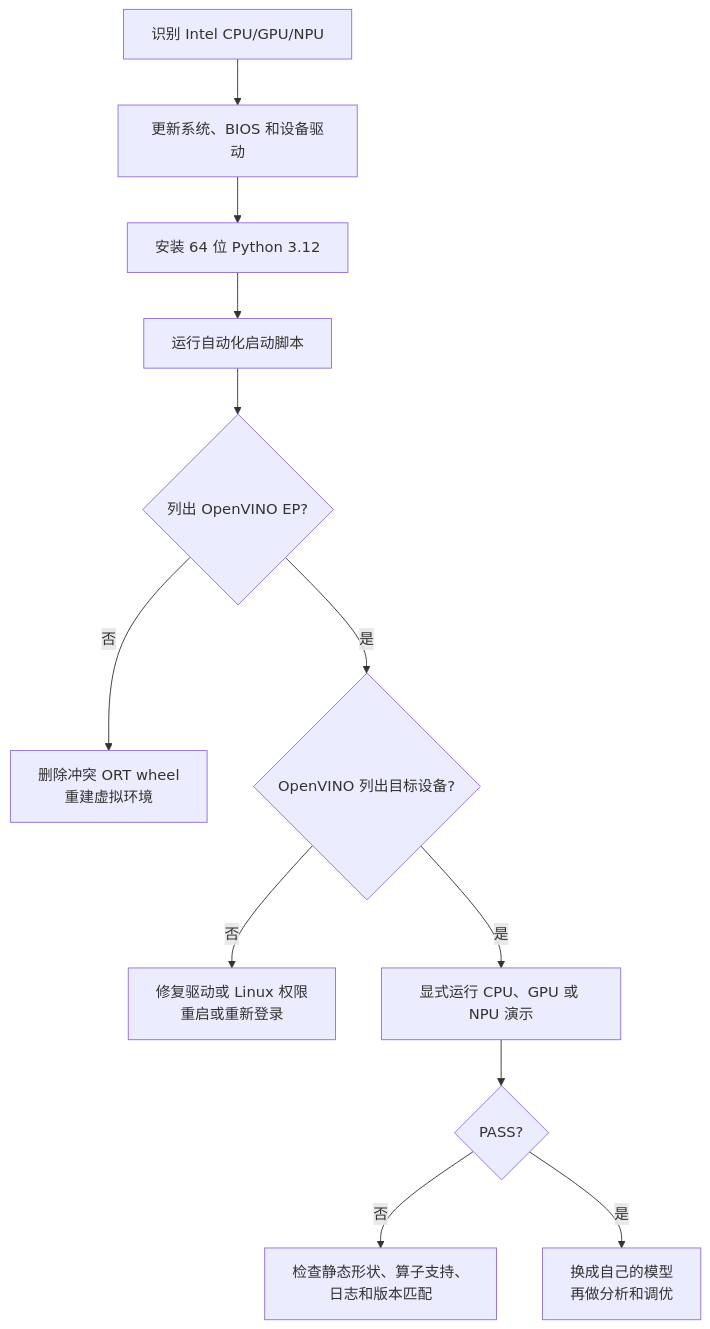
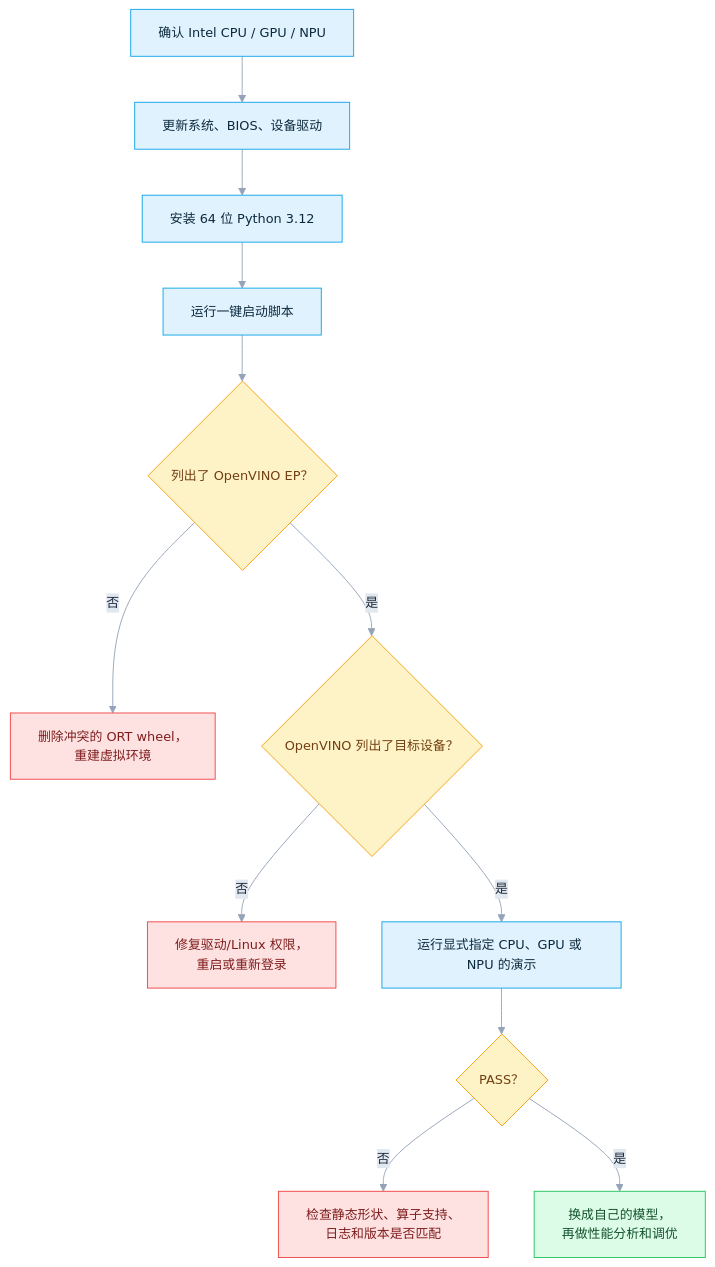
One commit to DakeQQ/Tutorial-ONNX-Runtime-Execution-Providers changed the fourth of 6 diagrams in Intel/README.zh-CN.md. Above: the diagram before and after it, drawn with Mermaid. The commit also changed other lines of this file and 15 other files, not shown here.

````diff
--- a/Intel/README.zh-CN.md
+++ b/Intel/README.zh-CN.md
@@ -89,14 +167,23 @@
 ```mermaid
+%%{init: {"theme":"base","themeVariables":{"fontSize":"14px","lineColor":"#94a3b8","edgeLabelBackground":"#e2e8f0","primaryTextColor":"#1e293b"}}}%%
 flowchart TD
-    A[识别 Intel CPU/GPU/NPU] --> B[更新系统、BIOS 和设备驱动]
-    B --> C[安装 64 位 Python 3.12]
-    C --> D[运行自动化启动脚本]
-    D --> E{列出 OpenVINO EP?}
-    E -->|否| F[删除冲突 ORT wheel<br/>重建虚拟环境]
-    E -->|是| G{OpenVINO 列出目标设备?}
-    G -->|否| H[修复驱动或 Linux 权限<br/>重启或重新登录]
-    G -->|是| I[显式运行 CPU、GPU 或 NPU 演示]
-    I --> J{PASS?}
-    J -->|否| K[检查静态形状、算子支持、<br/>日志和版本匹配]
-    J -->|是| L[换成自己的模型<br/>再做分析和调优]
+    A["确认 Intel CPU / GPU / NPU"] --> B["更新系统、BIOS、设备驱动"]
+    B --> C["安装 64 位 Python 3.12"]
+    C --> D["运行一键启动脚本"]
+    D --> E{"列出了 OpenVINO EP？"}
+    E -->|否| F["删除冲突的 ORT wheel，<br/>重建虚拟环境"]
+    E -->|是| G{"OpenVINO 列出了目标设备？"}
+    G -->|否| H["修复驱动/Linux 权限，<br/>重启或重新登录"]
+    G -->|是| I["运行显式指定 CPU、GPU 或 NPU 的演示"]
+    I --> J{"PASS？"}
+    J -->|否| K["检查静态形状、算子支持、<br/>日志和版本是否匹配"]
+    J -->|是| L["换成自己的模型，<br/>再做性能分析和调优"]
+    classDef step fill:#e0f2fe,stroke:#0ea5e9,color:#0c2a3d;
+    classDef dec fill:#fef3c7,stroke:#f59e0b,color:#713f12;
+    classDef bad fill:#fee2e2,stroke:#ef4444,color:#7f1d1d;
+    classDef good fill:#dcfce7,stroke:#22c55e,color:#14532d;
+    class A,B,C,D,I step;
+    class E,G,J dec;
+    class F,H,K bad;
+    class L good;
 ```
````
